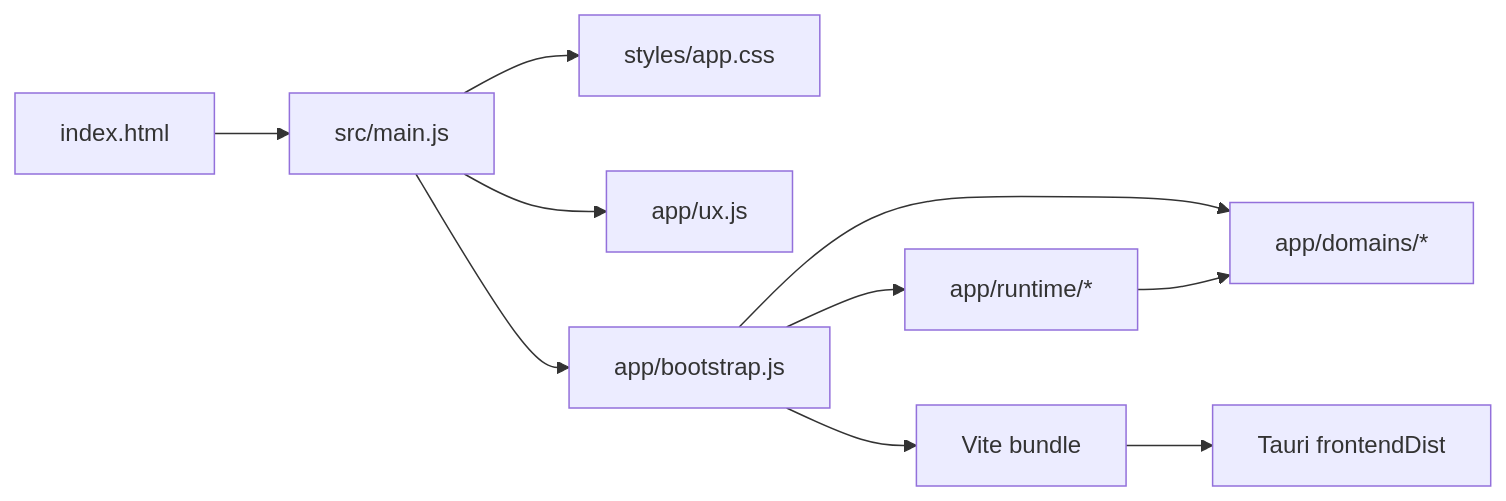
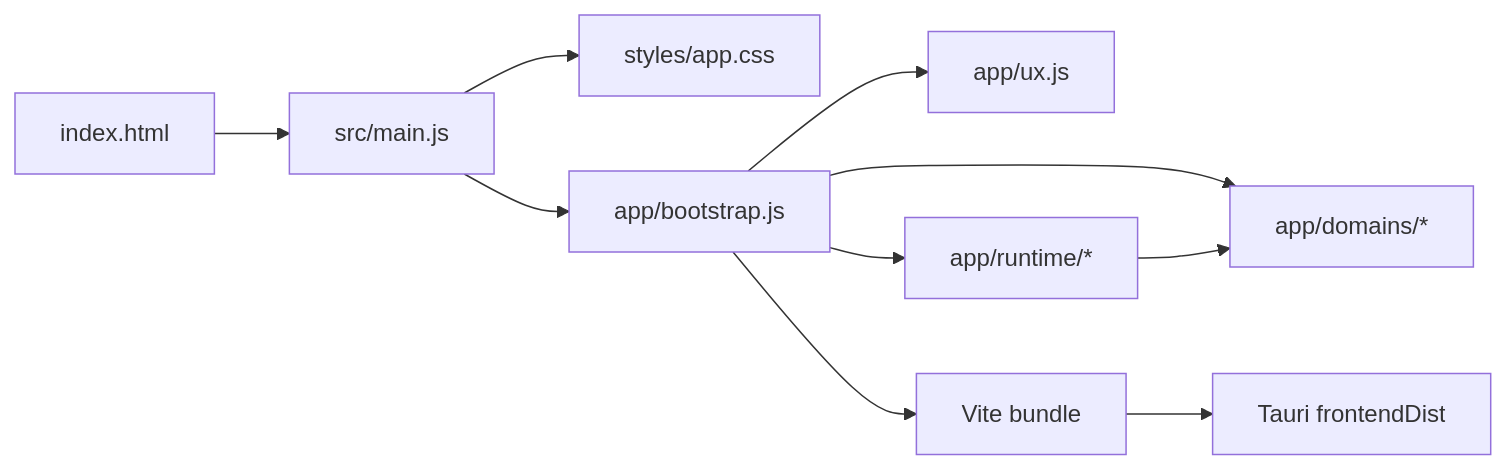
Before and after one commit to cbhandsun/https-proxy: the diagram in docs/architecture.md, drawn with Mermaid. The commit also changed other lines of this file and 38 other files, not shown here.

````diff
--- a/docs/architecture.md
+++ b/docs/architecture.md
@@ -42,12 +53,12 @@
 ```mermaid
 flowchart LR
   HTML["index.html"] --> Main["src/main.js"]
   Main --> Styles["styles/app.css"]
-  Main --> UX["app/ux.js"]
   Main --> Bootstrap["app/bootstrap.js"]
+  Bootstrap --> UX["app/ux.js"]
   Bootstrap --> Domains["app/domains/*"]
   Bootstrap --> Runtime["app/runtime/*"]
   Runtime --> Domains
   Bootstrap --> Vite["Vite bundle"]
   Vite --> Tauri["Tauri frontendDist"]
 ```
````
